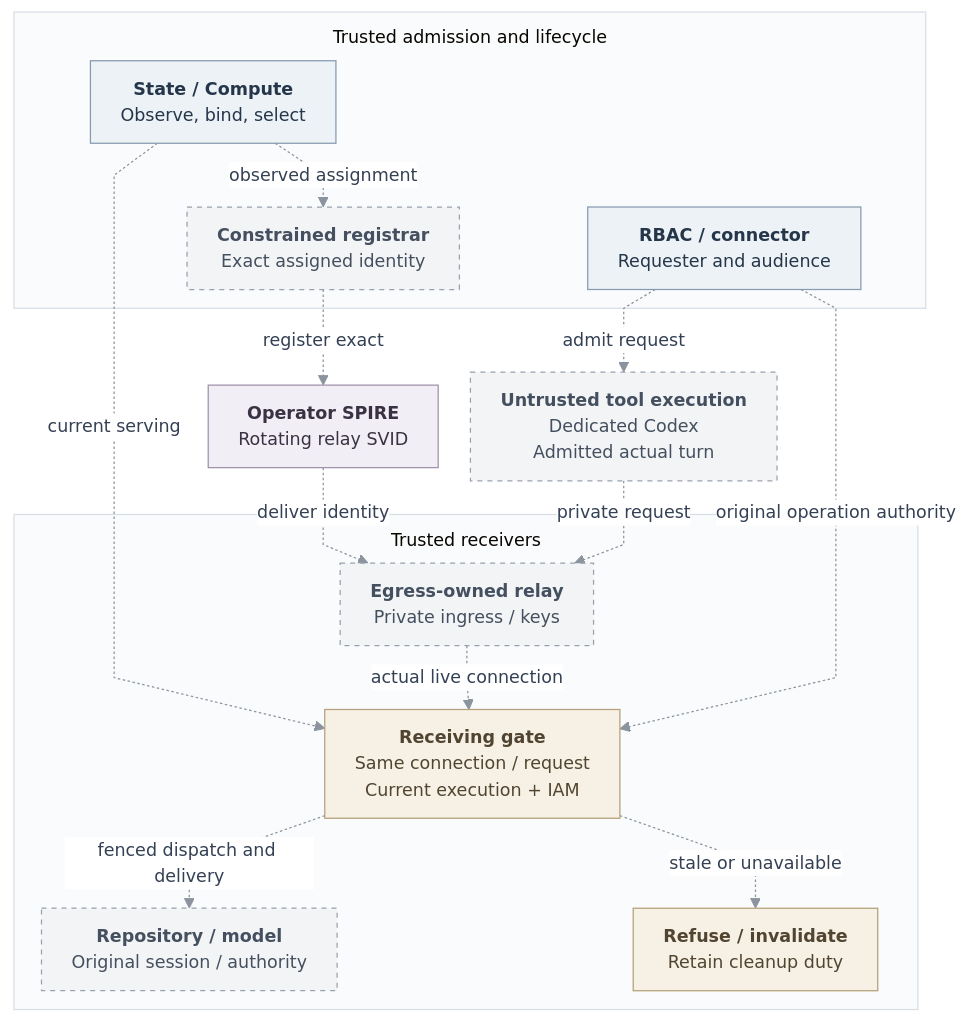
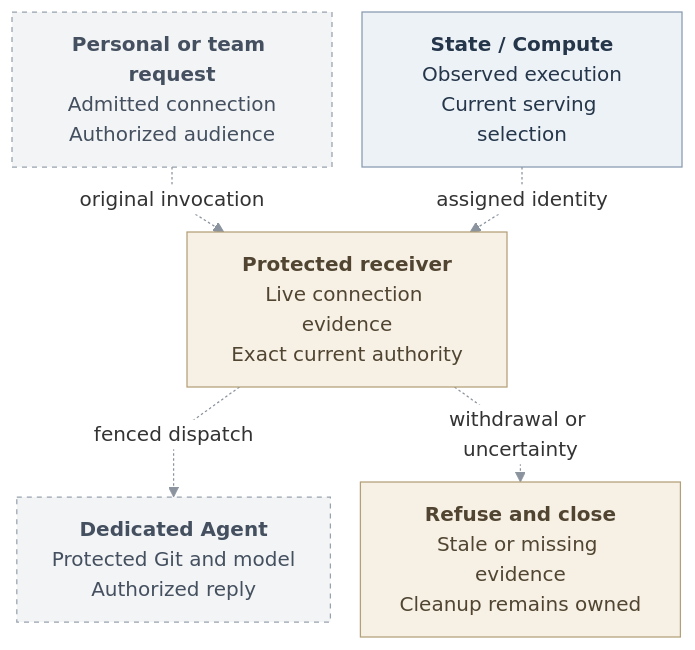
Before and after one commit to SebTardif/openclaw-enterprise: the diagram in specs/basic-agent-identity-mvp.md, drawn with Mermaid. The commit also changed other lines of this file and 6 other files, not shown here.

````diff
--- a/specs/basic-agent-identity-mvp.md
+++ b/specs/basic-agent-identity-mvp.md
@@ -78,54 +28,33 @@
 ```mermaid
 ---
 config:
   theme: base
   htmlLabels: true
   themeVariables:
-    fontSize: 14px
-    primaryTextColor: "#344054"
+    fontSize: 16px
     lineColor: "#8B949E"
     edgeLabelBackground: "#FFFFFF"
   flowchart:
     curve: linear
     nodeSpacing: 24
-    rankSpacing: 30
-    padding: 12
-    subGraphTitleMargin:
-      top: 10
-      bottom: 14
+    rankSpacing: 28
+    padding: 14
 ---
 flowchart TB
-  subgraph Control["Trusted admission and lifecycle"]
-    Invocation["<b>RBAC / connector</b><br/>Requester and audience"]
-    Selection["<b>State / Compute</b><br/>Observe, bind, select"]
-    Registrar["<b>Constrained registrar</b><br/>Exact assigned identity"]
-  end
-  SPIRE["<b>Operator SPIRE</b><br/>Rotating relay SVID"]
-  Harness["<b>Untrusted tool execution</b><br/>Dedicated Codex<br/>Admitted actual turn"]
-  subgraph Receiving["Trusted receivers"]
-    Relay["<b>Egress-owned relay</b><br/>Private ingress / keys"]
-    Gate["<b>Receiving gate</b><br/>Same connection / request<br/>Current execution + IAM"]
-    Effects["<b>Repository / model</b><br/>Original session / authority"]
-    Denied["<b>Refuse / invalidate</b><br/>Retain cleanup duty"]
-  end
-  Invocation -.->|admit request| Harness
-  Selection -.->|observed assignment| Registrar
-  Registrar -.->|register exact| SPIRE
-  SPIRE -.->|deliver identity| Relay
-  Selection -.->|current serving| Gate
-  Harness -.->|private request| Relay
-  Relay -.->|actual live connection| Gate
-  Invocation -.->|original operation authority| Gate
-  Gate -.->|fenced dispatch and delivery| Effects
-  Gate -.->|stale or unavailable| Denied
+  Request["<b>Personal or team request</b><br/>Admitted connection<br/>Authorized audience"]
+  Execution["<b>State / Compute</b><br/>Observed execution<br/>Current serving selection"]
+  Receiver["<b>Protected receiver</b><br/>Live connection evidence<br/>Exact current authority"]
+  Work["<b>Dedicated Agent</b><br/>Protected Git and model<br/>Authorized reply"]
+  Refuse["<b>Refuse and close</b><br/>Stale or missing evidence<br/>Cleanup remains owned"]
+  Request -.->|original invocation| Receiver
+  Execution -.->|assigned identity| Receiver
+  Receiver -.->|fenced dispatch| Work
+  Receiver -.->|withdrawal or uncertainty| Refuse
+  classDef pending fill:#F3F4F6,stroke:#98A2AE,color:#44505F,stroke-width:1px,stroke-dasharray:4 4
   classDef state fill:#EDF2F7,stroke:#879AB0,color:#25364A,stroke-width:1px
-  classDef external fill:#F1EEF5,stroke:#A091AD,color:#3A3243,stroke-width:1px
   classDef gate fill:#F7F1E5,stroke:#B3A078,color:#514532,stroke-width:1px
-  classDef pending fill:#F3F4F6,stroke:#98A2AE,color:#44505F,stroke-width:1px,stroke-dasharray:4 4
-  class Invocation,Selection state
-  class SPIRE external
-  class Gate,Denied gate
-  class Registrar,Harness,Relay,Effects pending
-  style Control fill:#FAFBFC,stroke:#D8DEE6,stroke-width:1px
-  style Receiving fill:#FAFBFC,stroke:#D8DEE6,stroke-width:1px
+  class Request,Work pending
+  class Execution state
+  class Receiver,Refuse gate
+  linkStyle default stroke:#8B949E,stroke-width:1px
 ```
````
